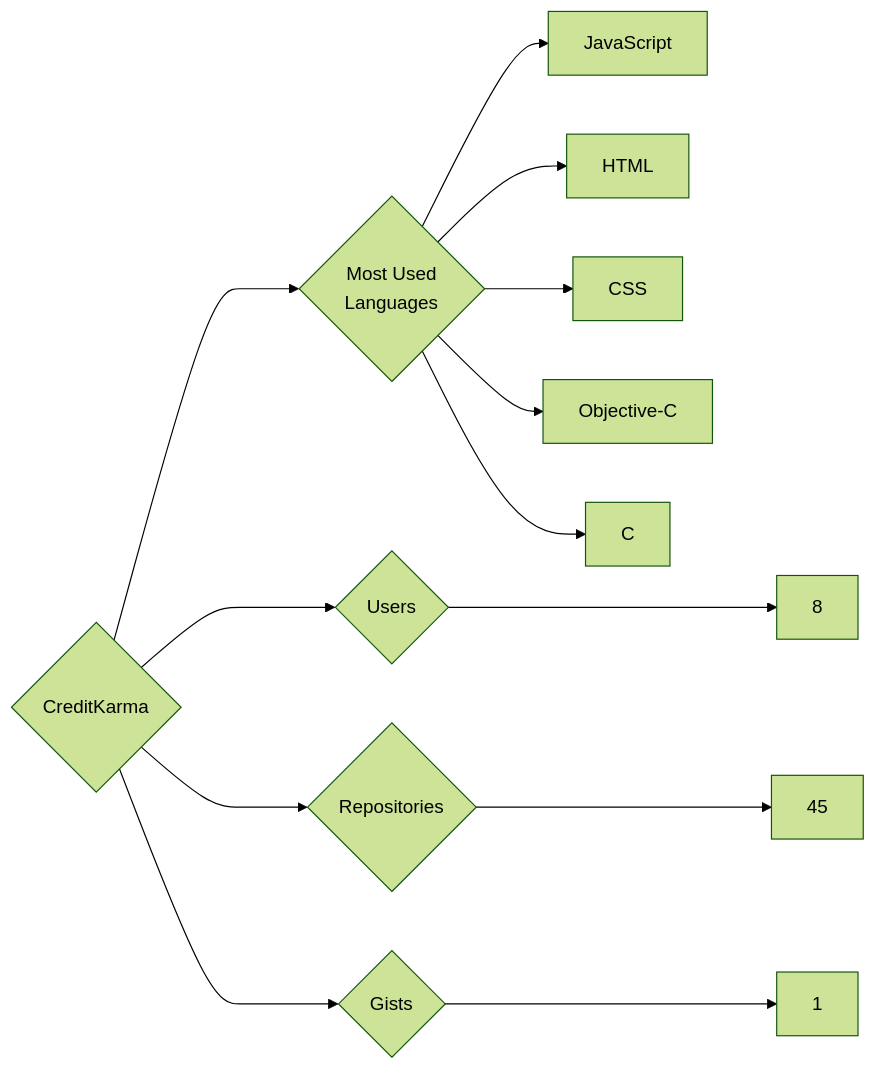
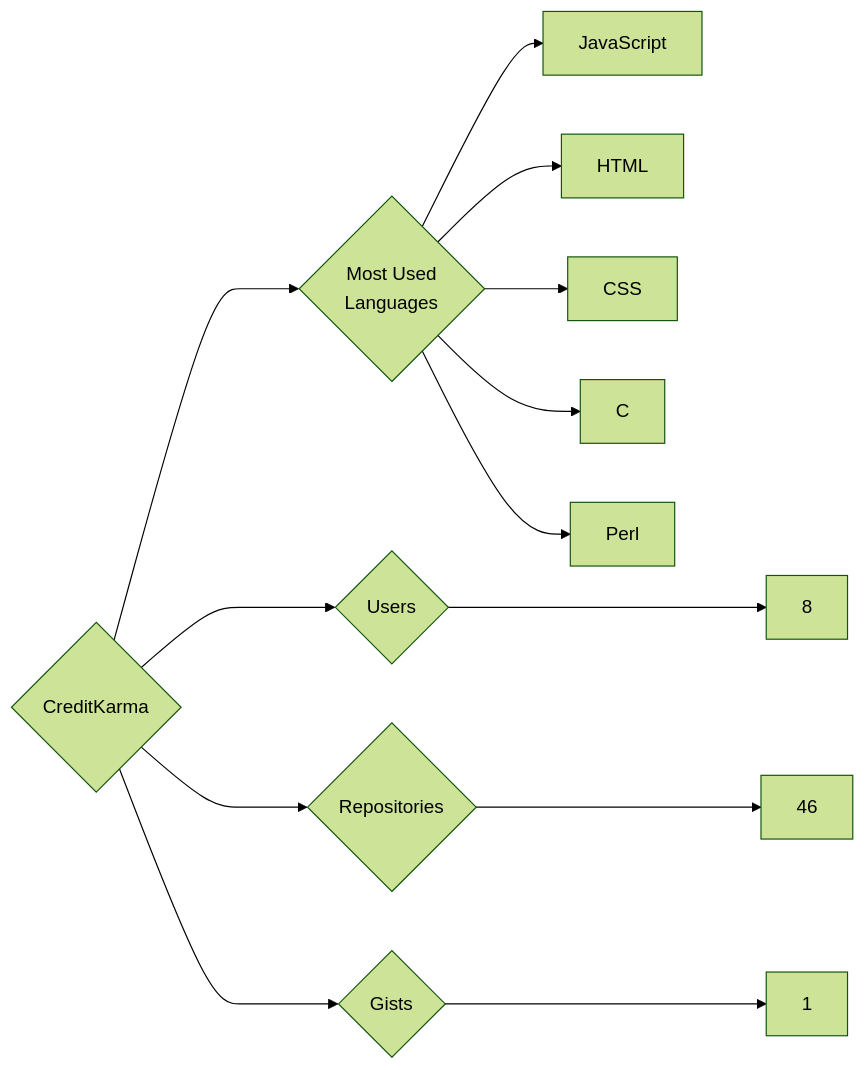
The diagram in targets/CreditKarma/README.md (trickest/insiders), drawn with Mermaid (forest theme) before and after one commit. The commit also changed 934 other files, not shown here.

````diff
--- a/targets/CreditKarma/README.md
+++ b/targets/CreditKarma/README.md
@@ -3,13 +3,13 @@
 ```mermaid
 graph LR
 COMPANY_NAME{CreditKarma}
 COMPANY_NAME ---> U{Users} ---> UN[8]
-COMPANY_NAME ---> R{Repositories} ---> RN[45]
+COMPANY_NAME ---> R{Repositories} ---> RN[46]
 COMPANY_NAME ---> G{Gists} ---> GN[1]
 COMPANY_NAME ---> ML{Most Used<br>Languages}
 ML --> JavaScript[JavaScript]
 ML --> HTML[HTML]
 ML --> CSS[CSS]
-ML --> Objective-C[Objective-C]
 ML --> C[C]
+ML --> Perl[Perl]
 ```
````
